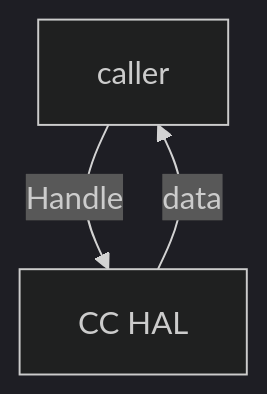
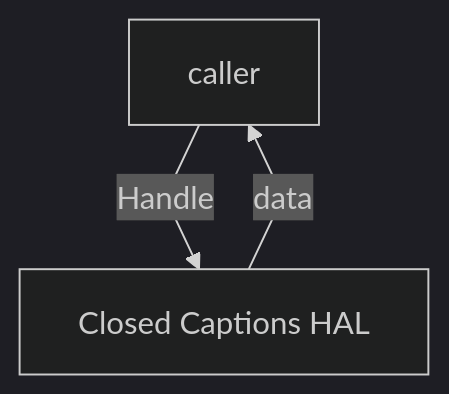
Before and after one commit to rdkcentral/rdk-halif-closed_captions: the first of 3 diagrams in docs/pages/halSpec.md, drawn with Mermaid (dark theme). The commit also changed other lines of this file, not shown here.

First line of the commit message:
Update halSpec.md

````diff
--- a/docs/pages/halSpec.md
+++ b/docs/pages/halSpec.md
@@ -58,5 +55,6 @@
 ```mermaid
+%%{init: {"flowchart": {"curve": "linear"}} }%%
 flowchart
-    A[caller] -->|Handle| B[CC HAL]
+    A[caller] -->|Handle| B[Closed Captions HAL]
     B --> |data| A
  ```
````
